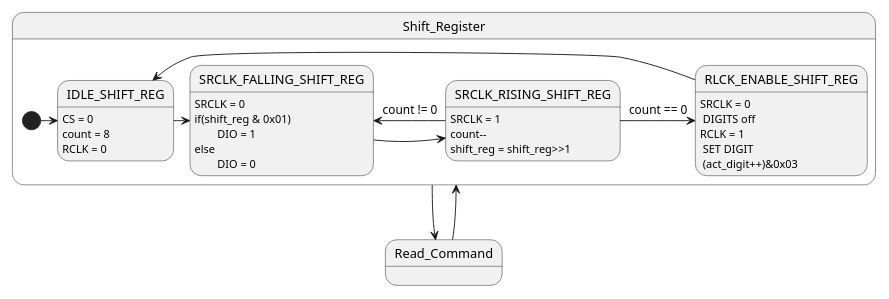
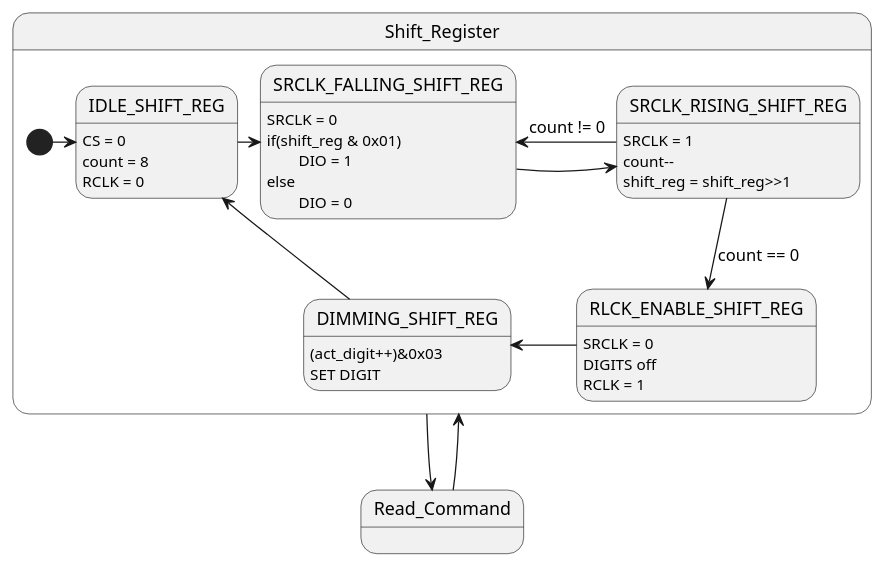
Before and after one commit to pimium/ltd5250_4digit_asm: the diagram in documents/images/shift_register_state.plantuml, drawn with PlantUML. The commit also changed 3 other files, not shown here.

```diff
--- a/documents/images/shift_register_state.plantuml
+++ b/documents/images/shift_register_state.plantuml
@@ -1,29 +1,31 @@
 @startuml
 scale 700 width
 'scale 550 height
 
 Shift_Register -d-> Read_Command
 Read_Command -u-> Shift_Register
 
 state Shift_Register {
 
 IDLE_SHIFT_REG          : CS = 0\ncount = 8\nRCLK = 0
 SRCLK_FALLING_SHIFT_REG : SRCLK = 0\nif(shift_reg & 0x01)\n\tDIO = 1\nelse\n\tDIO = 0
 SRCLK_RISING_SHIFT_REG  : SRCLK = 1\ncount--\nshift_reg = shift_reg>>1
-RLCK_ENABLE_SHIFT_REG   : SRCLK = 0 \n DIGITS off\nRCLK = 1\n SET DIGIT\n (act_digit++)&0x03
-
+RLCK_ENABLE_SHIFT_REG   : SRCLK = 0 \nDIGITS off\nRCLK = 1
+DIMMING_SHIFT_REG : (act_digit++)&0x03\nSET DIGIT
 [*] -r-> IDLE_SHIFT_REG
 
 IDLE_SHIFT_REG -r-> SRCLK_FALLING_SHIFT_REG
 
 SRCLK_FALLING_SHIFT_REG -r-> SRCLK_RISING_SHIFT_REG : \t
 
-SRCLK_RISING_SHIFT_REG -r-> RLCK_ENABLE_SHIFT_REG : count == 0
+SRCLK_RISING_SHIFT_REG -d-> RLCK_ENABLE_SHIFT_REG : count == 0
 SRCLK_RISING_SHIFT_REG -l-> SRCLK_FALLING_SHIFT_REG : count != 0
 
-RLCK_ENABLE_SHIFT_REG -l-> IDLE_SHIFT_REG
+RLCK_ENABLE_SHIFT_REG -l-> DIMMING_SHIFT_REG
+
+DIMMING_SHIFT_REG -u-> IDLE_SHIFT_REG
 }
 
 state Read_Command {
 }
 @enduml
```
